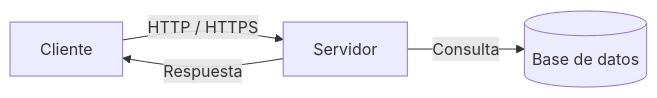
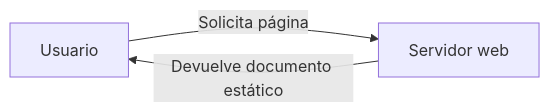
Before and after one commit to ATorresCode/aw: the first of 6 diagrams in docs/u01/index.md, drawn with Mermaid. The commit also changed other lines of this file and 4 other files, not shown here.

````diff
--- a/docs/u01/index.md
+++ b/docs/u01/index.md
@@ -9,6 +23,5 @@
 ```mermaid
-graph LR
-  Cliente[Cliente] -->|HTTP / HTTPS| Servidor[Servidor]
-  Servidor -->|Consulta| BaseDatos[(Base de datos)]
-  Servidor -->|Respuesta| Cliente
+flowchart LR
+ U[Usuario] -->|Solicita página| S[Servidor web]
+ S -->|Devuelve documento estático| U
 ```
````
